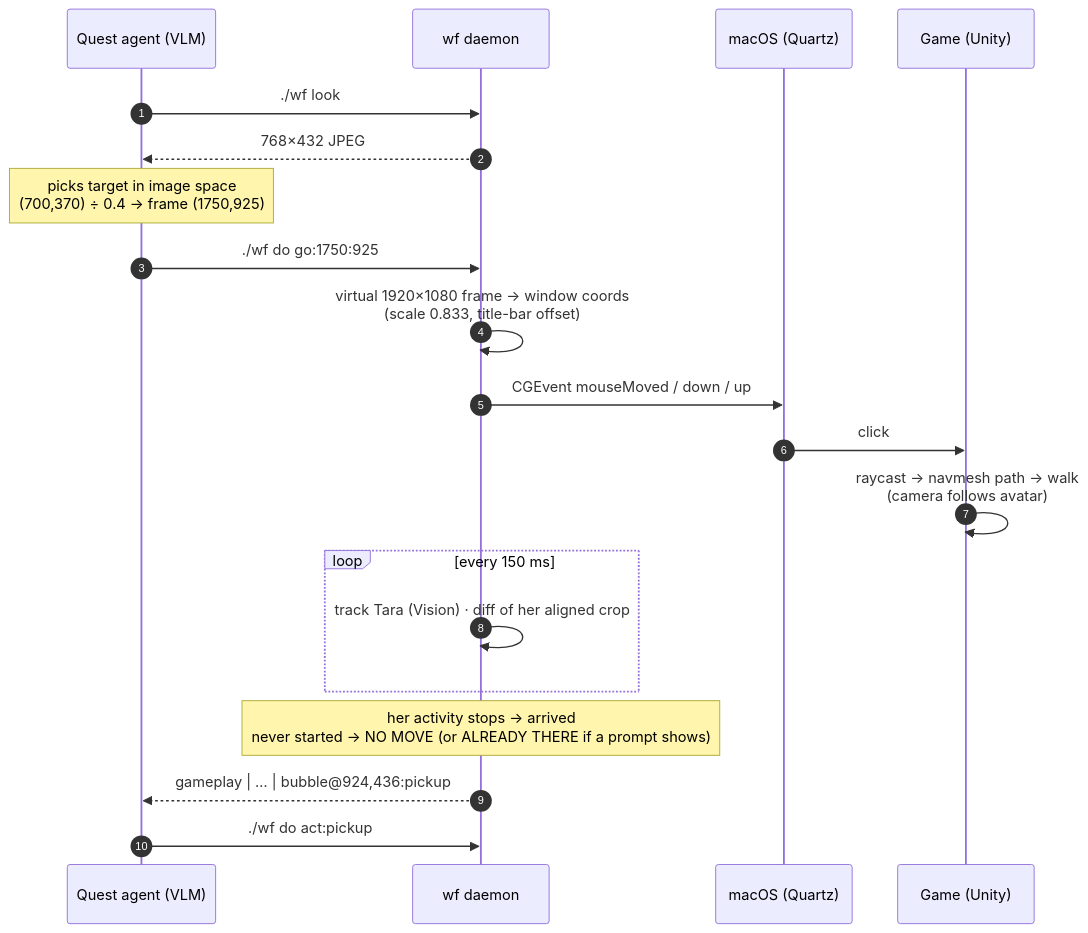
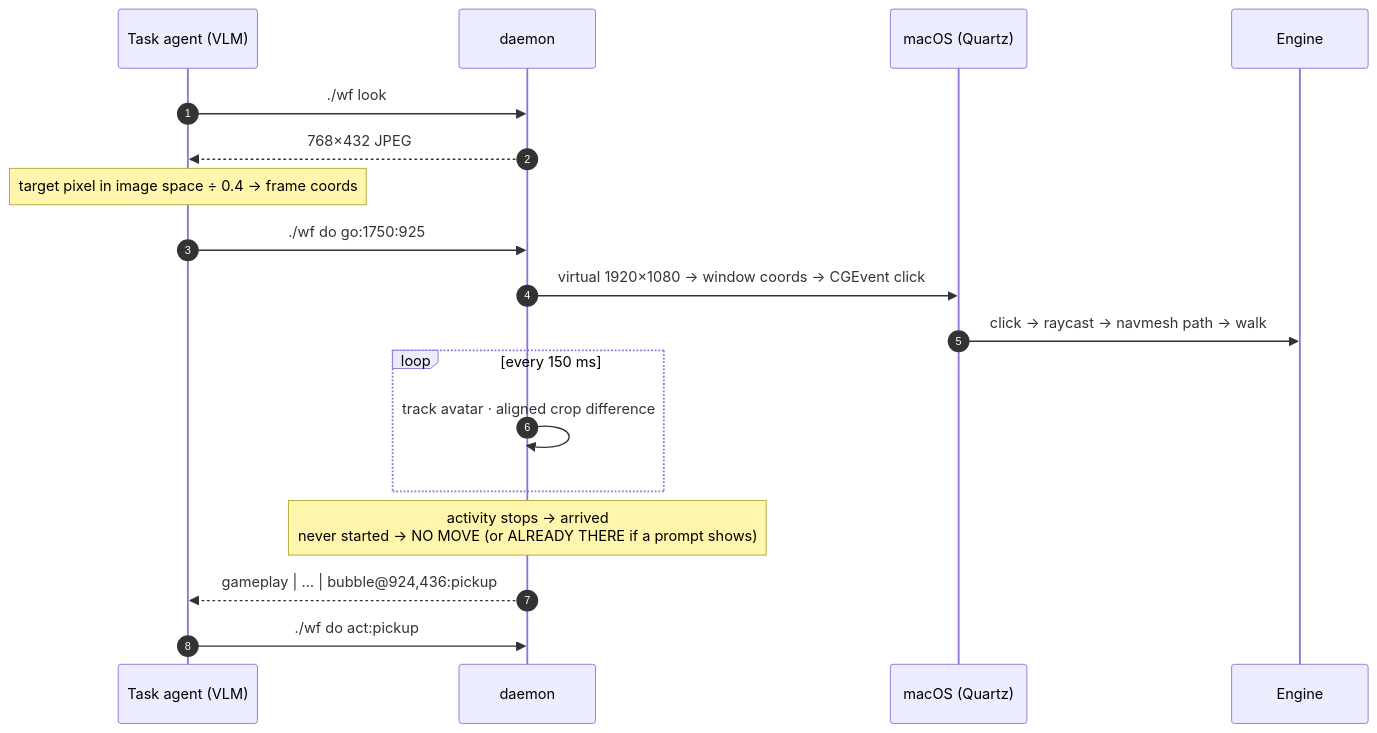
Before and after one commit to sergiimo/llm-game-agent: the fourth of 5 diagrams in README.md, drawn with Mermaid. The commit also changed other lines of this file, not shown here.

````diff
--- a/README.md
+++ b/README.md
@@ -133,22 +211,20 @@
 ```mermaid
 sequenceDiagram
     autonumber
-    participant Q as Quest agent (VLM)
-    participant W as wf daemon
+    participant Q as Task agent (VLM)
+    participant W as daemon
     participant OS as macOS (Quartz)
-    participant G as Game (Unity)
+    participant G as Engine
     Q->>W: ./wf look
     W-->>Q: 768×432 JPEG
-    Note over Q: picks target in image space<br/>(700,370) ÷ 0.4 → frame (1750,925)
+    Note over Q: target pixel in image space ÷ 0.4 → frame coords
     Q->>W: ./wf do go:1750:925
-    W->>W: virtual 1920×1080 frame → window coords<br/>(scale 0.833, title-bar offset)
-    W->>OS: CGEvent mouseMoved / down / up
-    OS->>G: click
-    G->>G: raycast → navmesh path → walk<br/>(camera follows avatar)
+    W->>OS: virtual 1920×1080 → window coords → CGEvent click
+    OS->>G: click → raycast → navmesh path → walk
     loop every 150 ms
-        W->>W: track Tara (Vision) · diff of her aligned crop
+        W->>W: track avatar · aligned crop difference
     end
-    Note over W: her activity stops → arrived<br/>never started → NO MOVE (or ALREADY THERE if a prompt shows)
+    Note over W: activity stops → arrived<br/>never started → NO MOVE (or ALREADY THERE if a prompt shows)
     W-->>Q: gameplay | … | bubble@924,436:pickup
     Q->>W: ./wf do act:pickup
 ```
````
